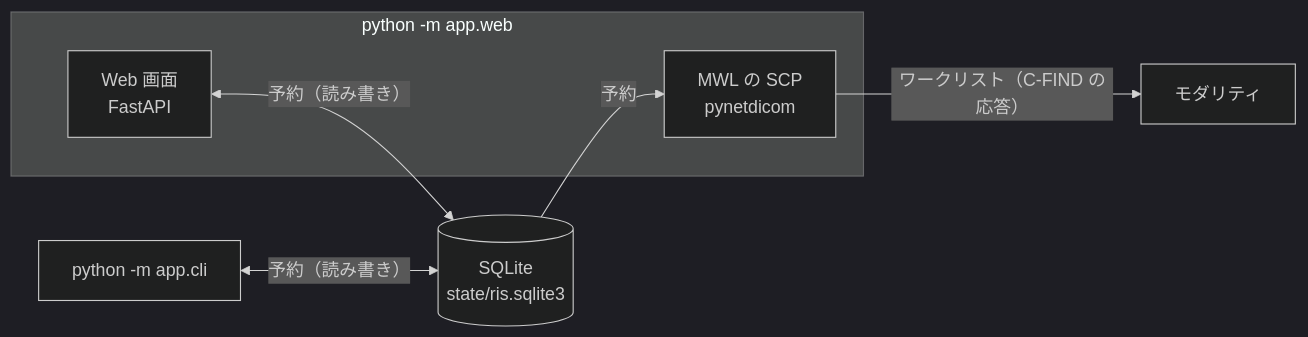
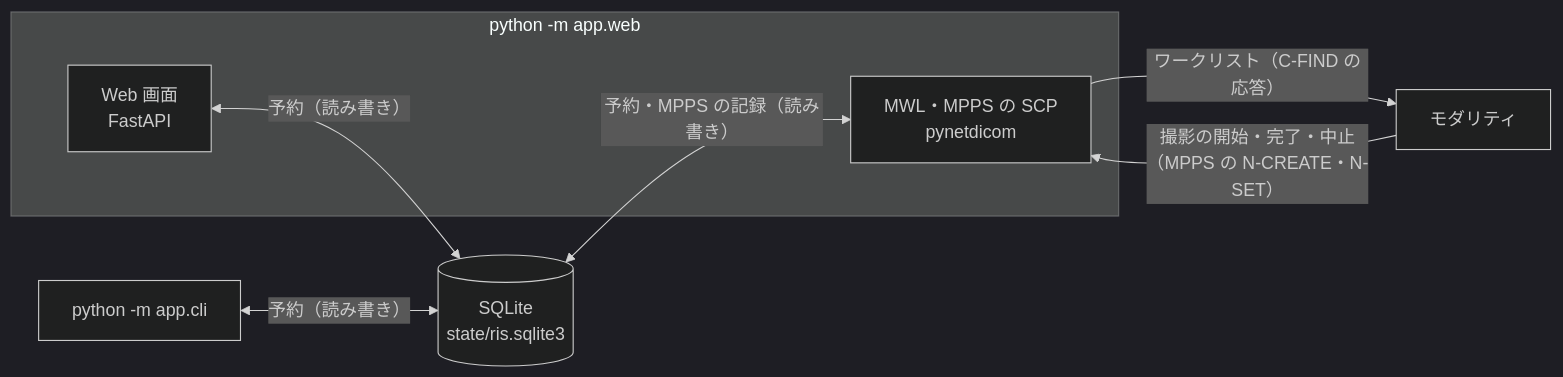
Before and after one commit to jeysunit/ris-emulator: the diagram in docs/architecture.md, drawn with Mermaid (dark theme). The commit also changed other lines of this file and 27 other files, not shown here.

First line of the commit message:
feat: MPPS の N-CREATE・N-SET を受けて、予約を実施中・完了・中止にする

````diff
--- a/docs/architecture.md
+++ b/docs/architecture.md
@@ -8,14 +8,15 @@
 ```mermaid
 flowchart LR
   subgraph proc1["python -m app.web"]
     WEB["Web 画面<br/>FastAPI"]
-    MWL["MWL の SCP<br/>pynetdicom"]
+    MWL["MWL・MPPS の SCP<br/>pynetdicom"]
   end
   CLI["python -m app.cli"]
   DB[("SQLite<br/>state/ris.sqlite3")]
   MOD["モダリティ"]
   WEB <-->|"予約（読み書き）"| DB
   CLI <-->|"予約（読み書き）"| DB
-  DB -->|"予約"| MWL
+  DB <-->|"予約・MPPS の記録（読み書き）"| MWL
   MWL -->|"ワークリスト（C-FIND の応答）"| MOD
+  MOD -->|"撮影の開始・完了・中止（MPPS の N-CREATE・N-SET）"| MWL
 ```
````
